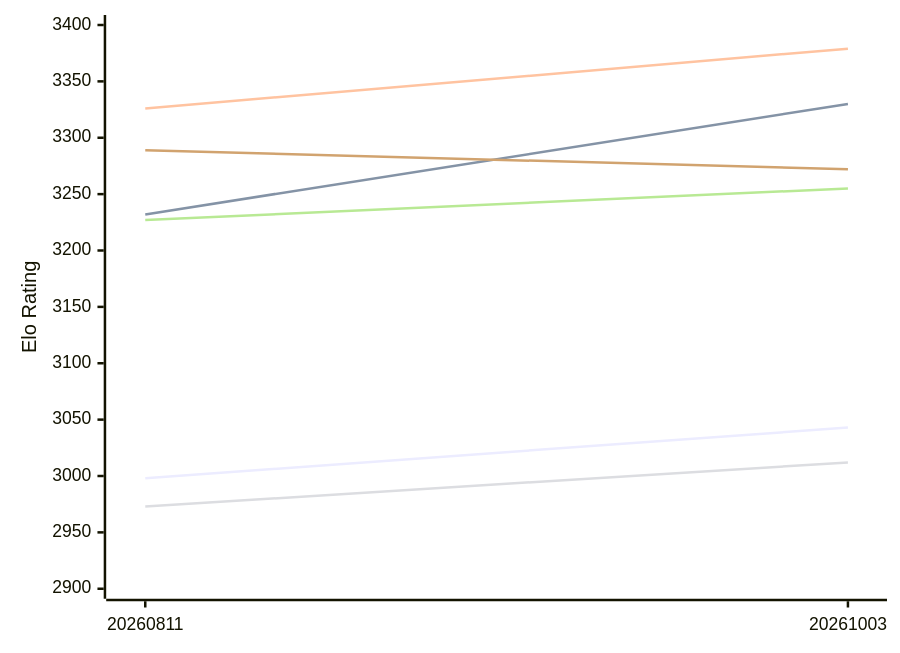
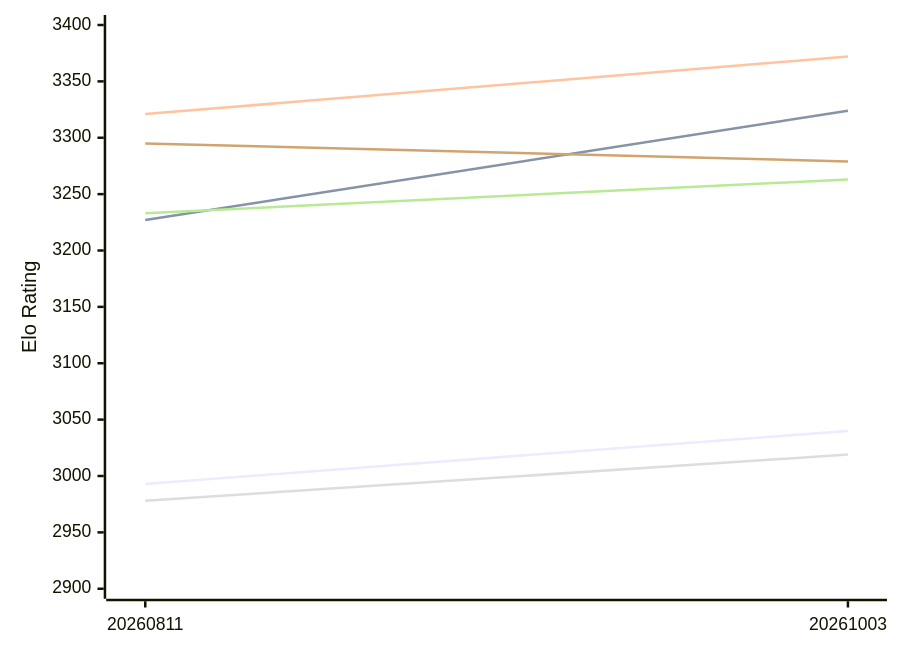
The first of 2 diagrams in engines/Askaig.md (computer-chess-index/cci), drawn with Mermaid before and after one commit. The commit also changed other lines of this file, not shown here.

Commit message:
Update CCI Ratings (ELO VLTC) - 2026-11-18

````diff
--- a/engines/Askaig.md
+++ b/engines/Askaig.md
@@ -52,12 +52,12 @@
 ```mermaid
 %%{init: {"theme":"base","themeVariables":{"seriesColors:['#a3a3a3','#222221','#faa371']}}}%%
 xychart-beta
   x-axis ["20260811", "20261003"]
   y-axis "Elo Rating" 2900 --> 3400
-  line "E1: STC (8.0+0.08s)" [2998, 3043]
-  line "E1: LTC (60.0+0.60s)" [3232, 3330]
-  line "E1: VLTC (2m24s+1.12s)" [3326, 3379]
-  line "P1: STC (8.0+0.08s)" [2973, 3012]
-  line "P1: LTC (60.0+0.60s)" [3227, 3255]
-  line "P1: VLTC (2m24s+1.12s)" [3289, 3272]
+  line "E1: STC (8.0+0.08s)" [2993, 3040]
+  line "E1: LTC (60.0+0.60s)" [3227, 3324]
+  line "E1: VLTC (2m24s+1.12s)" [3321, 3372]
+  line "P1: STC (8.0+0.08s)" [2978, 3019]
+  line "P1: LTC (60.0+0.60s)" [3233, 3263]
+  line "P1: VLTC (2m24s+1.12s)" [3295, 3279]
 ```
````
